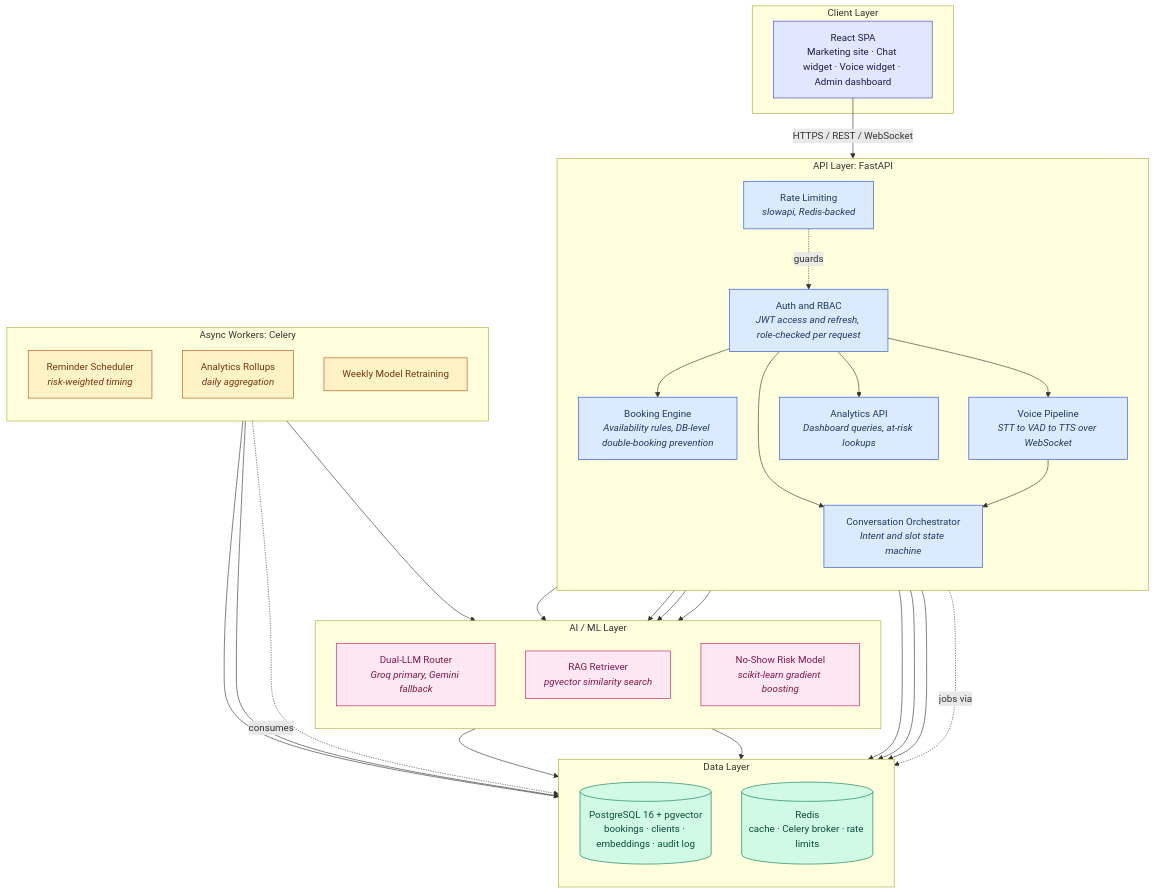
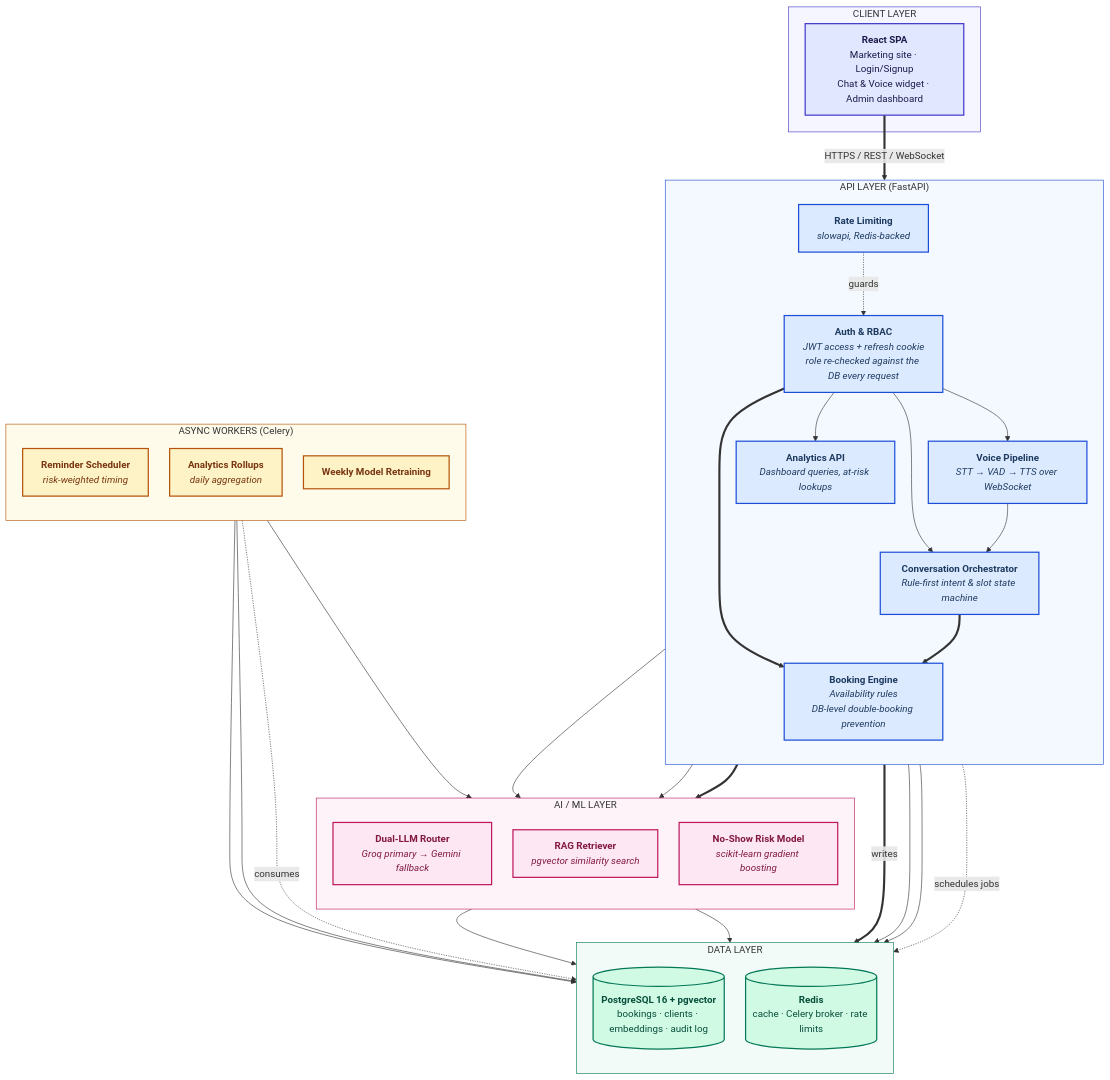
Before and after one commit to Naureen39/smart-salon-booking: the diagram in README.md, drawn with Mermaid. The commit also changed other lines of this file and 6 other files, not shown here.

````diff
--- a/README.md
+++ b/README.md
@@ -53,74 +53,81 @@
 ```mermaid
+%%{init: {"flowchart": {"nodeSpacing": 35, "rankSpacing": 55, "curve": "basis"}}}%%
 flowchart TB
-    subgraph Client["Client Layer"]
-        WEB["React SPA<br/>Marketing site · Chat widget · Voice widget · Admin dashboard"]
+    subgraph Client["CLIENT LAYER"]
+        WEB["<b>React SPA</b><br/>Marketing site · Login/Signup<br/>Chat &amp; Voice widget · Admin dashboard"]
     end
 
-    subgraph Edge["API Layer: FastAPI"]
+    subgraph Edge["API LAYER (FastAPI)"]
         direction TB
-        AUTH["Auth and RBAC<br/><i>JWT access and refresh, role-checked per request</i>"]
-        BOOK["Booking Engine<br/><i>Availability rules, DB-level double-booking prevention</i>"]
-        ORCH["Conversation Orchestrator<br/><i>Intent and slot state machine</i>"]
-        VOICE["Voice Pipeline<br/><i>STT to VAD to TTS over WebSocket</i>"]
-        ANALYTICS["Analytics API<br/><i>Dashboard queries, at-risk lookups</i>"]
-        RATE["Rate Limiting<br/><i>slowapi, Redis-backed</i>"]
+        AUTH["<b>Auth &amp; RBAC</b><br/><i>JWT access + refresh cookie<br/>role re-checked against the DB every request</i>"]
+        BOOK["<b>Booking Engine</b><br/><i>Availability rules<br/>DB-level double-booking prevention</i>"]
+        ORCH["<b>Conversation Orchestrator</b><br/><i>Rule-first intent &amp; slot state machine</i>"]
+        VOICE["<b>Voice Pipeline</b><br/><i>STT → VAD → TTS over WebSocket</i>"]
+        ANALYTICS["<b>Analytics API</b><br/><i>Dashboard queries, at-risk lookups</i>"]
+        RATE["<b>Rate Limiting</b><br/><i>slowapi, Redis-backed</i>"]
     end
 
-    subgraph AI["AI / ML Layer"]
+    subgraph AI["AI / ML LAYER"]
         direction TB
-        ROUTER["Dual-LLM Router<br/><i>Groq primary, Gemini fallback</i>"]
-        RAG["RAG Retriever<br/><i>pgvector similarity search</i>"]
-        ML["No-Show Risk Model<br/><i>scikit-learn gradient boosting</i>"]
+        ROUTER["<b>Dual-LLM Router</b><br/><i>Groq primary → Gemini fallback</i>"]
+        RAG["<b>RAG Retriever</b><br/><i>pgvector similarity search</i>"]
+        ML["<b>No-Show Risk Model</b><br/><i>scikit-learn gradient boosting</i>"]
     end
 
-    subgraph Async["Async Workers: Celery"]
+    subgraph Async["ASYNC WORKERS (Celery)"]
         direction TB
-        REMIND["Reminder Scheduler<br/><i>risk-weighted timing</i>"]
-        ROLLUP["Analytics Rollups<br/><i>daily aggregation</i>"]
-        RETRAIN["Weekly Model Retraining"]
+        REMIND["<b>Reminder Scheduler</b><br/><i>risk-weighted timing</i>"]
+        ROLLUP["<b>Analytics Rollups</b><br/><i>daily aggregation</i>"]
+        RETRAIN["<b>Weekly Model Retraining</b>"]
     end
 
-    subgraph Data["Data Layer"]
+    subgraph Data["DATA LAYER"]
         direction TB
-        PG[("PostgreSQL 16 + pgvector<br/>bookings · clients · embeddings · audit log")]
-        REDIS[("Redis<br/>cache · Celery broker · rate limits")]
+        PG[("<b>PostgreSQL 16 + pgvector</b><br/>bookings · clients · embeddings · audit log")]
+        REDIS[("<b>Redis</b><br/>cache · Celery broker · rate limits")]
     end
 
-    WEB -- "HTTPS / REST / WebSocket" --> AUTH
-    AUTH --> BOOK
+    WEB ==>|"HTTPS / REST / WebSocket"| AUTH
+    AUTH ==> BOOK
     AUTH --> ORCH
     AUTH --> VOICE
     AUTH --> ANALYTICS
     RATE -.guards.-> AUTH
 
     ORCH --> RAG
     ORCH --> ROUTER
-    ORCH --> ML
+    ORCH ==> BOOK
     VOICE --> ORCH
-    BOOK --> ML
+    BOOK ==> ML
 
-    BOOK --> PG
+    BOOK ==>|"writes"| PG
     ANALYTICS --> PG
     RAG --> PG
     ML --> PG
 
     REMIND --> PG
     ROLLUP --> PG
     RETRAIN --> ML
 
-    Edge -.jobs via.-> REDIS
+    Edge -.schedules jobs.-> REDIS
     Async -.consumes.-> REDIS
     RATE --> REDIS
 
-    classDef client fill:#e0e7ff,stroke:#4338ca,color:#1e1b4b
-    classDef api fill:#dbeafe,stroke:#1d4ed8,color:#1e3a5f
-    classDef ai fill:#fce7f3,stroke:#be185d,color:#831843
-    classDef async fill:#fef3c7,stroke:#b45309,color:#78350f
-    classDef data fill:#d1fae5,stroke:#047857,color:#064e3b
+    classDef client fill:#e0e7ff,stroke:#4338ca,stroke-width:2px,color:#1e1b4b
+    classDef api fill:#dbeafe,stroke:#1d4ed8,stroke-width:2px,color:#1e3a5f
+    classDef ai fill:#fce7f3,stroke:#be185d,stroke-width:2px,color:#831843
+    classDef async fill:#fef3c7,stroke:#b45309,stroke-width:2px,color:#78350f
+    classDef data fill:#d1fae5,stroke:#047857,stroke-width:2px,color:#064e3b
 
     class WEB client
     class AUTH,BOOK,ORCH,VOICE,ANALYTICS,RATE api
     class ROUTER,RAG,ML ai
     class REMIND,ROLLUP,RETRAIN async
     class PG,REDIS data
+
+    style Client fill:#f5f6ff,stroke:#4338ca,stroke-width:1px
+    style Edge fill:#f4f9ff,stroke:#1d4ed8,stroke-width:1px
+    style AI fill:#fdf3f8,stroke:#be185d,stroke-width:1px
+    style Async fill:#fffbeb,stroke:#b45309,stroke-width:1px
+    style Data fill:#f2fbf7,stroke:#047857,stroke-width:1px
 ```
````
